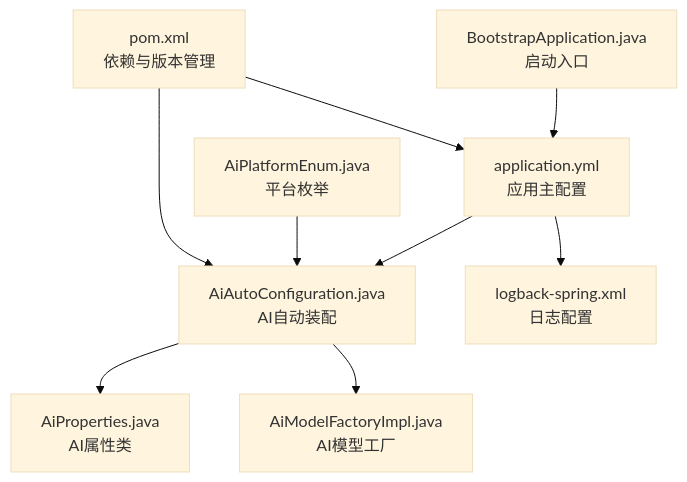
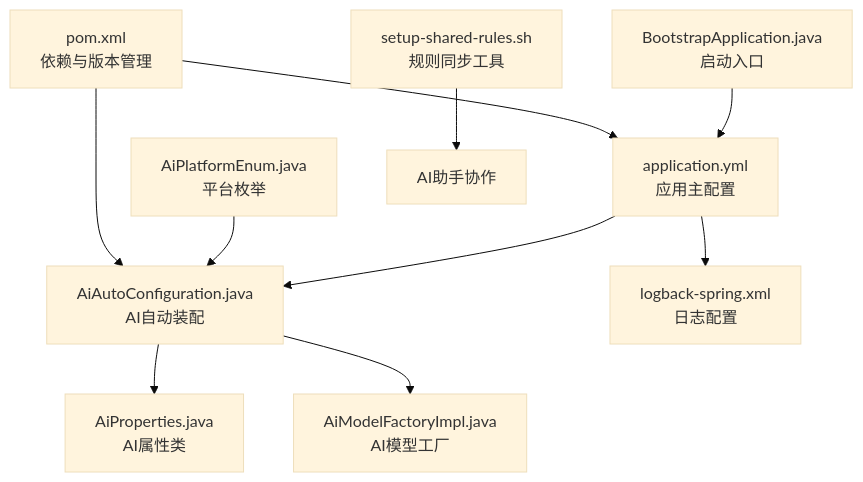
The first of 5 diagrams in .qoder/repowiki/zh/content/配置指南.md (X555LB/data-ai), drawn with Mermaid (base theme) before and after one commit. The commit also changed other lines of this file and 24 other files, not shown here.

````diff
--- a/.qoder/repowiki/zh/content/配置指南.md
+++ b/.qoder/repowiki/zh/content/配置指南.md
@@ -47,11 +44,12 @@
 ```mermaid
 graph TB
 A["application.yml<br/>应用主配置"] --> B["AiAutoConfiguration.java<br/>AI自动装配"]
 A --> C["logback-spring.xml<br/>日志配置"]
 B --> D["AiProperties.java<br/>AI属性类"]
 B --> E["AiModelFactoryImpl.java<br/>AI模型工厂"]
 F["AiPlatformEnum.java<br/>平台枚举"] --> B
-G["BootstrapApplication.java<br/>启动入口"] --> A
-H["pom.xml<br/>依赖与版本管理"] --> B
-H --> A
+G["setup-shared-rules.sh<br/>规则同步工具"] --> H["AI助手协作"]
+I["BootstrapApplication.java<br/>启动入口"] --> A
+J["pom.xml<br/>依赖与版本管理"] --> B
+J --> A
 ```
````
